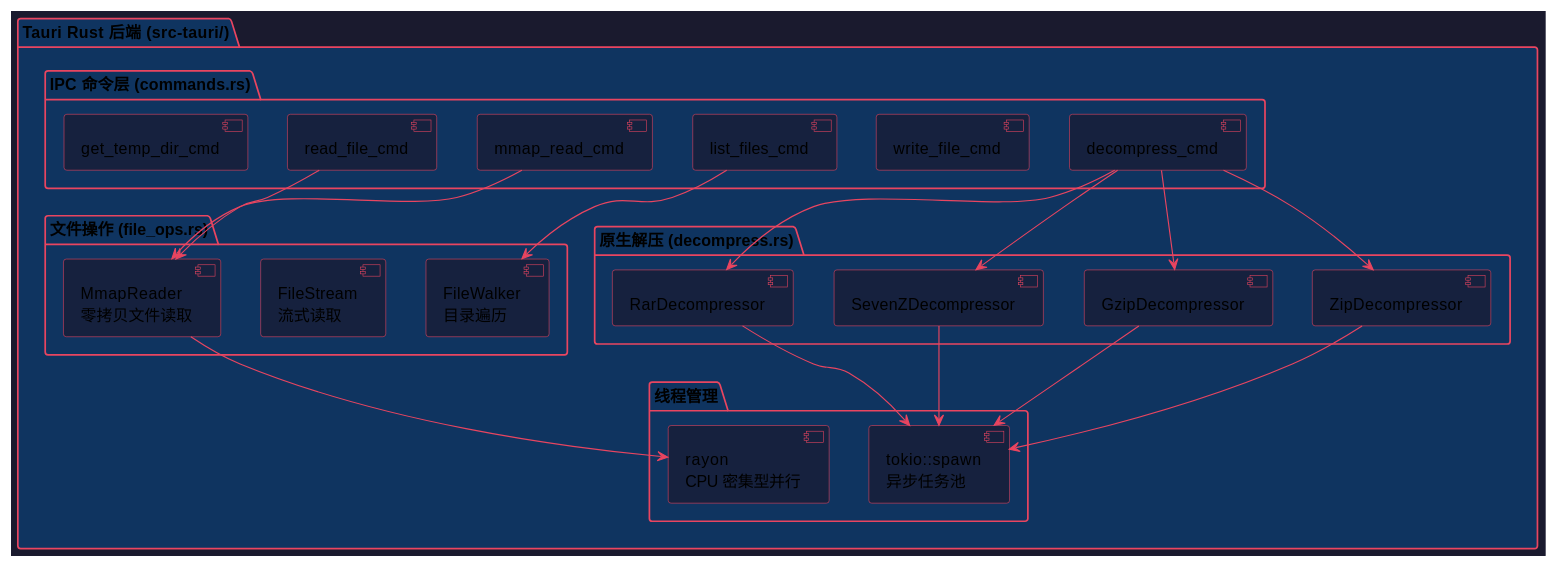
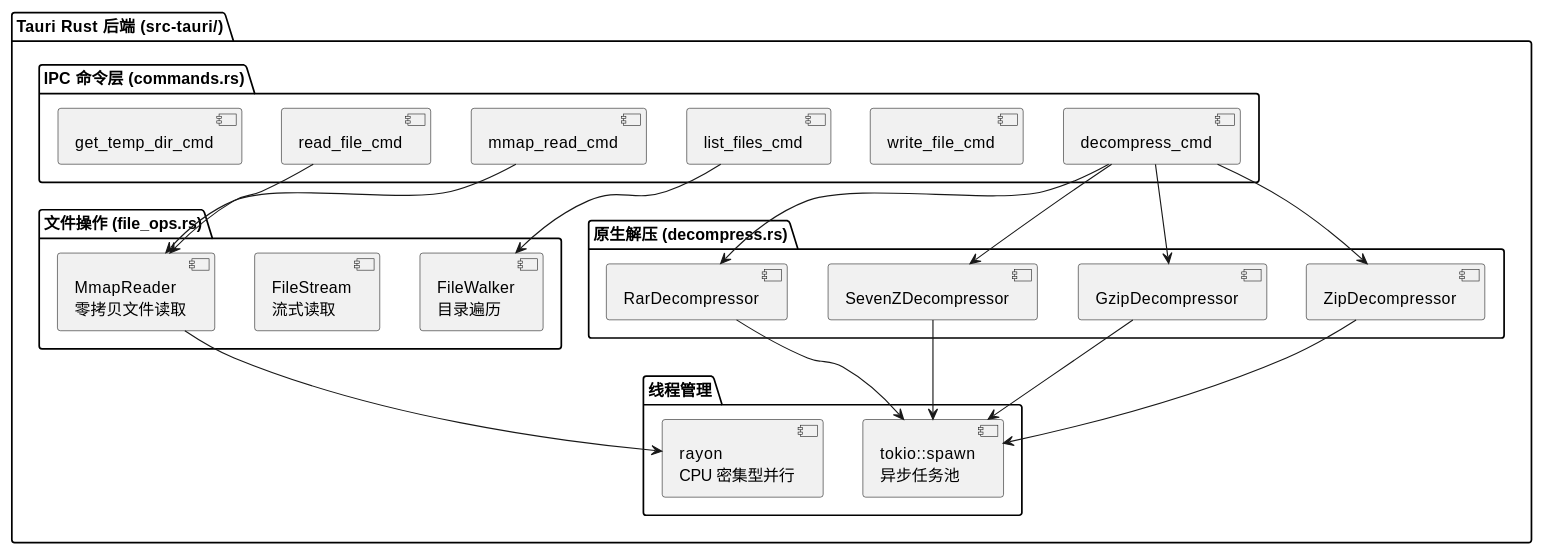
One commit to taoweidong/Hello-Tauri changed diagram 11 of 20 in docs/superpowers/specs/2026-06-26-system-architecture-design.md. Above: the diagram before and after it, drawn with PlantUML. The commit also changed other lines of this file and 1 other file, not shown here.

Commit message:
docs: add README, remove PlantUML dark theme styles

````diff
--- a/docs/superpowers/specs/2026-06-26-system-architecture-design.md
+++ b/docs/superpowers/specs/2026-06-26-system-architecture-design.md
@@ -564,54 +508,47 @@
 ```plantuml
 @startuml
-skinparam backgroundColor #1a1a2e
-skinparam defaultTextColor #e0e0e0
-skinparam packageBackgroundColor #0f3460
-skinparam packageBorderColor #e94560
-skinparam componentBackgroundColor #16213e
-skinparam componentBorderColor #e94560
-skinparam arrowColor #e94560
 
 package "Tauri Rust 后端 (src-tauri/)" {
 
   package "IPC 命令层 (commands.rs)" {
     component "read_file_cmd" as cmd1
     component "write_file_cmd" as cmd2
     component "list_files_cmd" as cmd3
     component "mmap_read_cmd" as cmd4
     component "decompress_cmd" as cmd5
     component "get_temp_dir_cmd" as cmd6
   }
 
   package "文件操作 (file_ops.rs)" {
     component "MmapReader\n零拷贝文件读取" as mmap
     component "FileStream\n流式读取" as stream
     component "FileWalker\n目录遍历" as walker
   }
 
   package "原生解压 (decompress.rs)" {
     component "ZipDecompressor" as zip
     component "GzipDecompressor" as gzip
     component "SevenZDecompressor" as sevenz
     component "RarDecompressor" as rar
   }
 
   package "线程管理" {
     component "tokio::spawn\n异步任务池" as pool
     component "rayon\nCPU 密集型并行" as rayon
   }
 }
 
 cmd1 --> mmap
 cmd4 --> mmap
 cmd3 --> walker
 cmd5 --> zip
 cmd5 --> gzip
 cmd5 --> sevenz
 cmd5 --> rar
 zip --> pool
 gzip --> pool
 sevenz --> pool
 rar --> pool
 mmap --> rayon
 @enduml
 ```
````
